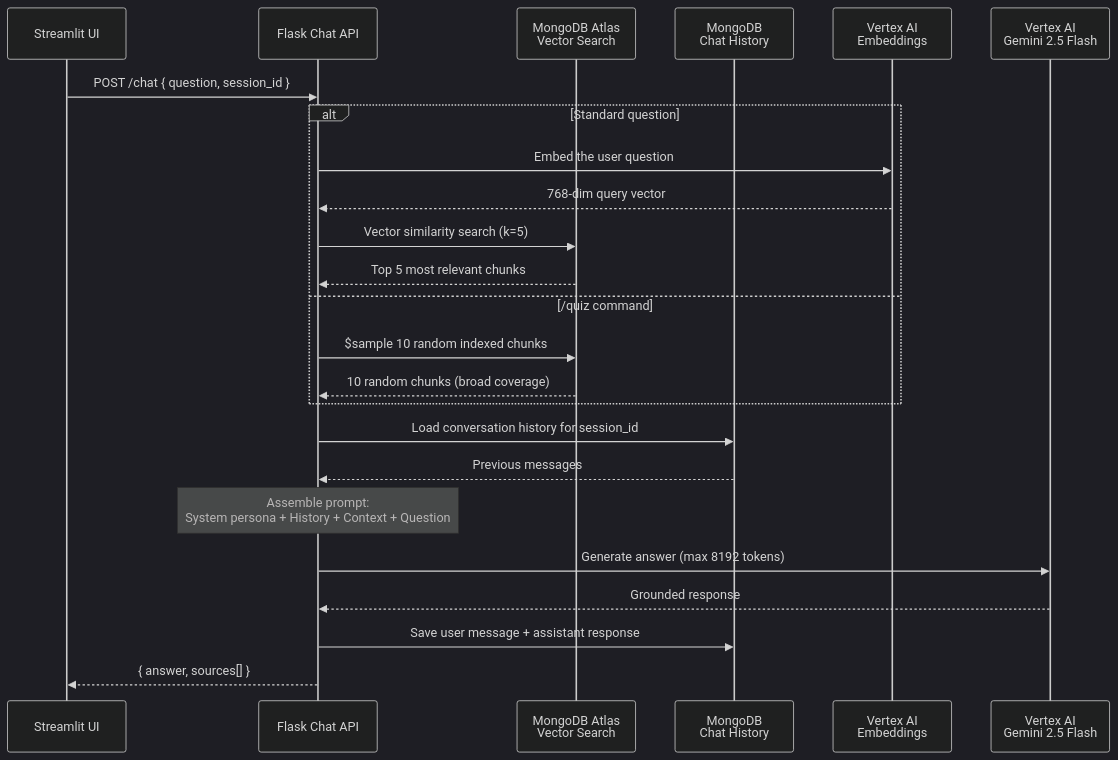
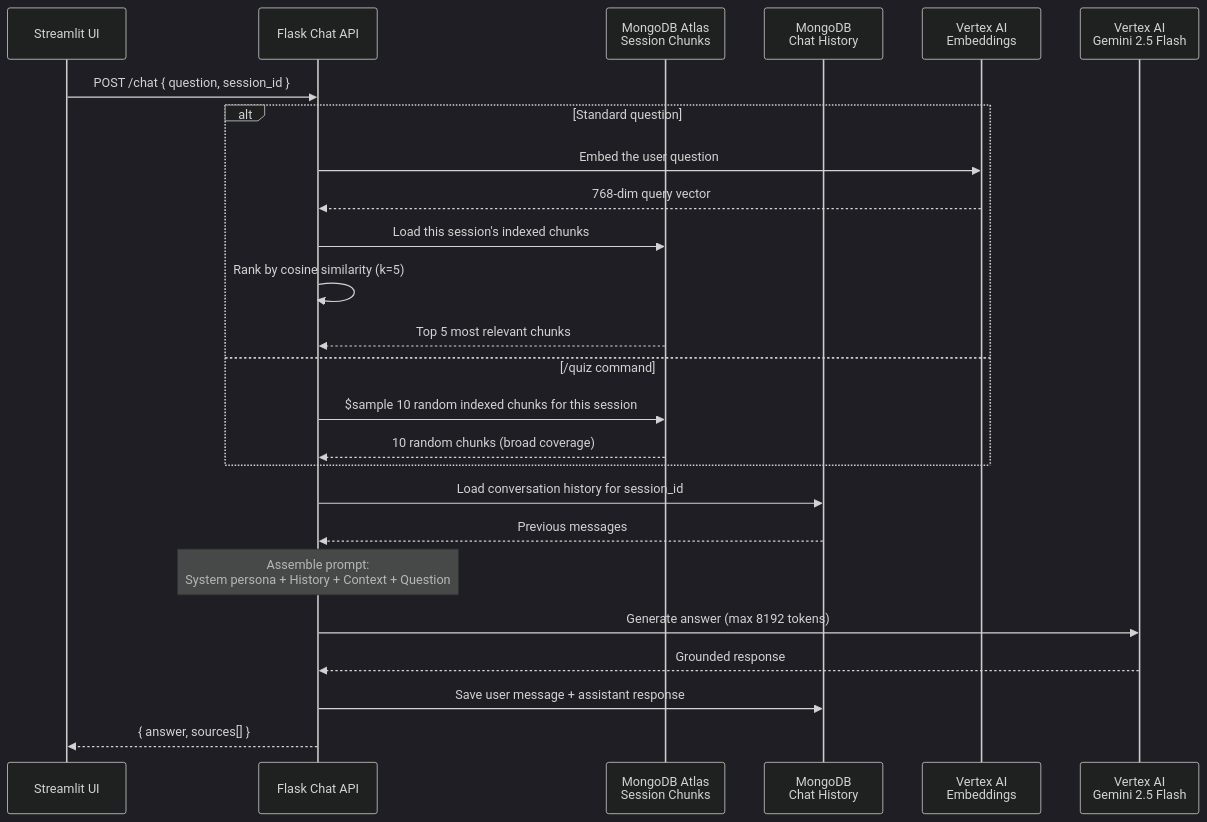
One commit to DanielMortada/cloud-computing-project changed the third of 5 diagrams in chat_api/README.md. Above: the diagram before and after it, drawn with Mermaid (dark theme). The commit also changed other lines of this file and 8 other files, not shown here.

````diff
--- a/chat_api/README.md
+++ b/chat_api/README.md
@@ -71,32 +71,33 @@
 ```mermaid
 sequenceDiagram
     participant UI as Streamlit UI
     participant API as Flask Chat API
-    participant VS as MongoDB Atlas<br/>Vector Search
+    participant VS as MongoDB Atlas<br/>Session Chunks
     participant HIST as MongoDB<br/>Chat History
     participant EMB as Vertex AI<br/>Embeddings
     participant LLM as Vertex AI<br/>Gemini 2.5 Flash
 
     UI->>API: POST /chat { question, session_id }
 
     alt Standard question
         API->>EMB: Embed the user question
         EMB-->>API: 768-dim query vector
-        API->>VS: Vector similarity search (k=5)
+        API->>VS: Load this session's indexed chunks
+        API->>API: Rank by cosine similarity (k=5)
         VS-->>API: Top 5 most relevant chunks
     else /quiz command
-        API->>VS: $sample 10 random indexed chunks
+        API->>VS: $sample 10 random indexed chunks for this session
         VS-->>API: 10 random chunks (broad coverage)
     end
 
     API->>HIST: Load conversation history for session_id
     HIST-->>API: Previous messages
 
     Note over API: Assemble prompt:<br/>System persona + History + Context + Question
 
     API->>LLM: Generate answer (max 8192 tokens)
     LLM-->>API: Grounded response
 
     API->>HIST: Save user message + assistant response
     API-->>UI: { answer, sources[] }
 ```
````
